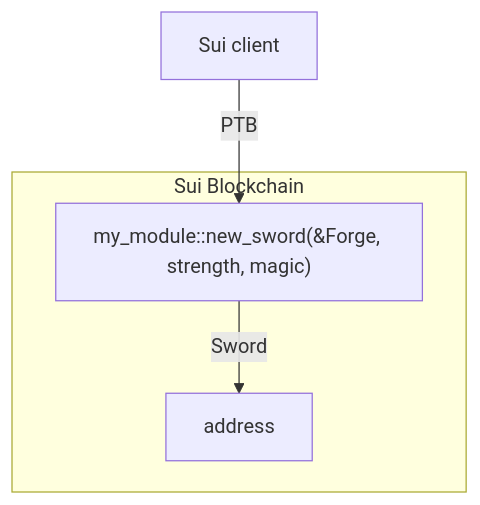
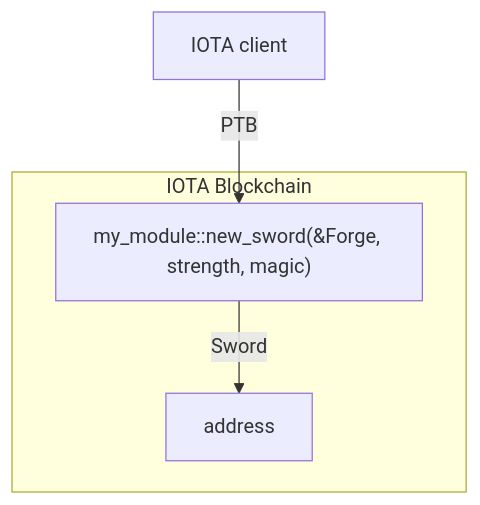
The second of 2 diagrams in docs/content/guides/developer/first-app/publish.mdx (rafnixschaf/iota), drawn with Mermaid before and after one commit. The commit also changed other lines of this file and 9928 other files, not shown here.

````diff
--- a/docs/content/guides/developer/first-app/publish.mdx
+++ b/docs/content/guides/developer/first-app/publish.mdx
@@ -85,13 +85,13 @@
 ```mermaid
 flowchart TB
     my_module["my_module::new_sword(&Forge, strength, magic)"]
     
-    Sui_client["Sui client"]
+    IOTA_client["IOTA client"]
 
-    subgraph Sui Blockchain
+    subgraph IOTA Blockchain
 	my_module
 	my_module --Sword--> address
     end
     
-    Sui_client --"PTB"--> my_module
+    IOTA_client --"PTB"--> my_module
 ```
````
